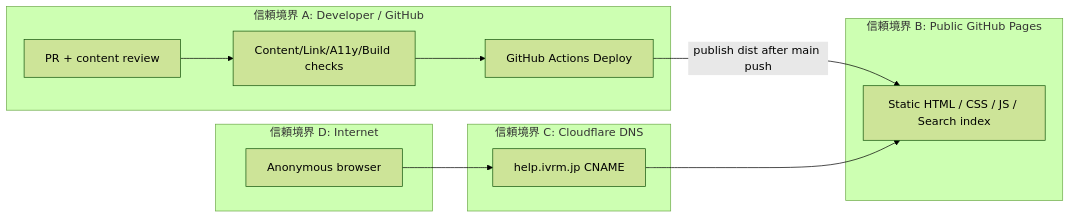
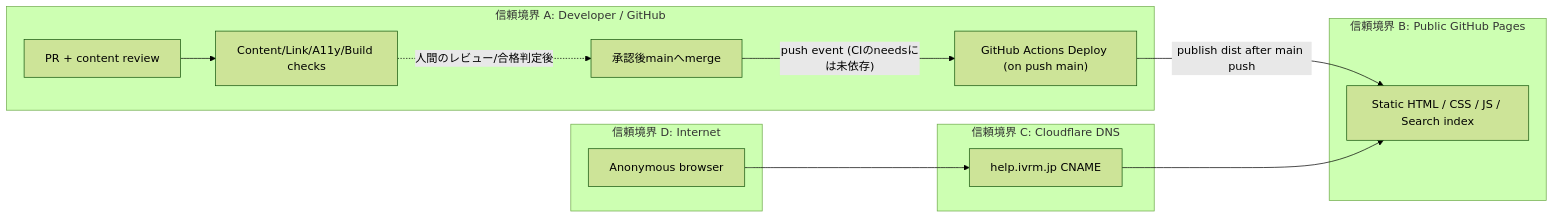
One commit to ivRooom/ivrm-help changed the first of 3 diagrams in docs/system-design.md. Above: the diagram before and after it, drawn with Mermaid (forest theme).

Commit message:
docs: distinguish manual asset review, Pages commit evidence and CI/deploy boundary

````diff
--- a/docs/system-design.md
+++ b/docs/system-design.md
@@ -26,20 +26,23 @@
 ```mermaid
 flowchart LR
   subgraph Author["信頼境界 A: Developer / GitHub"]
     PR["PR + content review"]
     CI["Content/Link/A11y/Build checks"]
-    Actions["GitHub Actions Deploy"]
-    PR --> CI --> Actions
+    Merge["承認後mainへmerge"]
+    Actions["GitHub Actions Deploy (on push main)"]
+    PR --> CI
+    CI -. "人間のレビュー/合格判定後" .-> Merge
+    Merge -->|"push event (CIのneedsには未依存)"| Actions
   end
   subgraph Pages["信頼境界 B: Public GitHub Pages"]
     Assets["Static HTML / CSS / JS / Search index"]
   end
   subgraph DNS["信頼境界 C: Cloudflare DNS"]
     Domain["help.ivrm.jp CNAME"]
   end
   subgraph Clients["信頼境界 D: Internet"]
     Browser["Anonymous browser"]
   end
   Actions -->|"publish dist after main push"| Assets
   Browser --> Domain --> Assets
 ```
````
